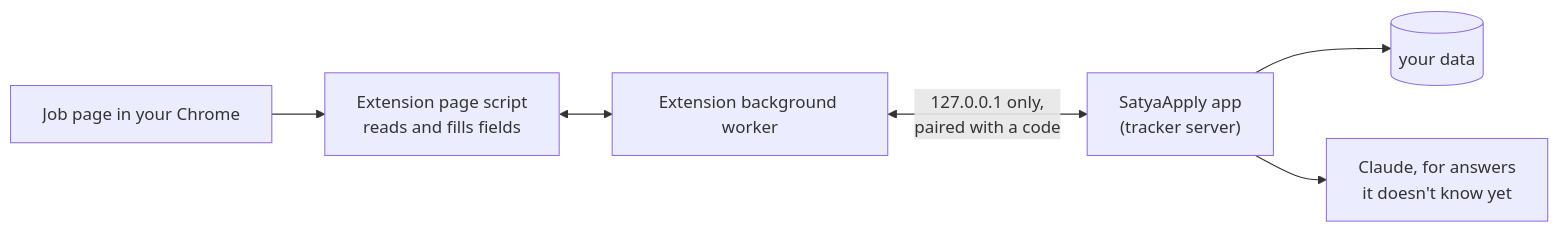
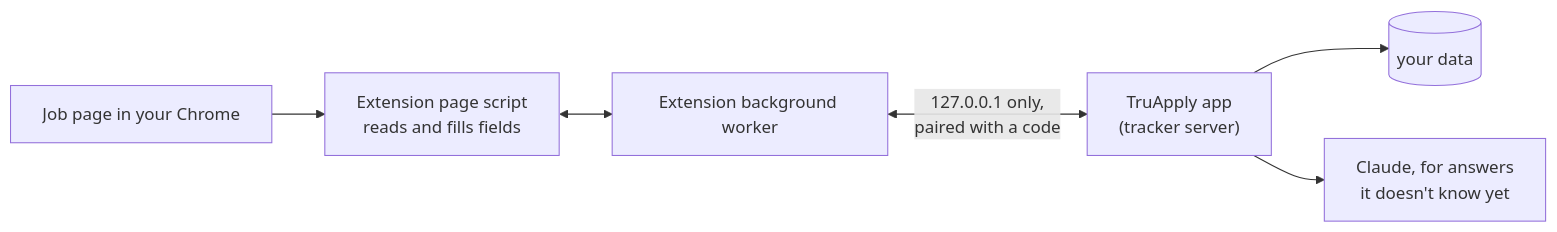
One commit to Avijit07x/truapply changed the diagram in docs/extension.md. Above: the diagram before and after it, drawn with Mermaid. The commit also changed other lines of this file and 289 other files, not shown here.

First line of the commit message:
refactor: rename SatyaApply to TruApply

````diff
--- a/docs/extension.md
+++ b/docs/extension.md
@@ -29,8 +29,8 @@
 ```mermaid
 flowchart LR
   tab["Job page in your Chrome"] --> content["Extension page script<br/>reads and fills fields"]
   content <--> worker["Extension background worker"]
-  worker <-->|"127.0.0.1 only,<br/>paired with a code"| app["SatyaApply app<br/>(tracker server)"]
+  worker <-->|"127.0.0.1 only,<br/>paired with a code"| app["TruApply app<br/>(tracker server)"]
   app --> db[(your data)]
   app --> ai["Claude, for answers<br/>it doesn't know yet"]
 ```
````
